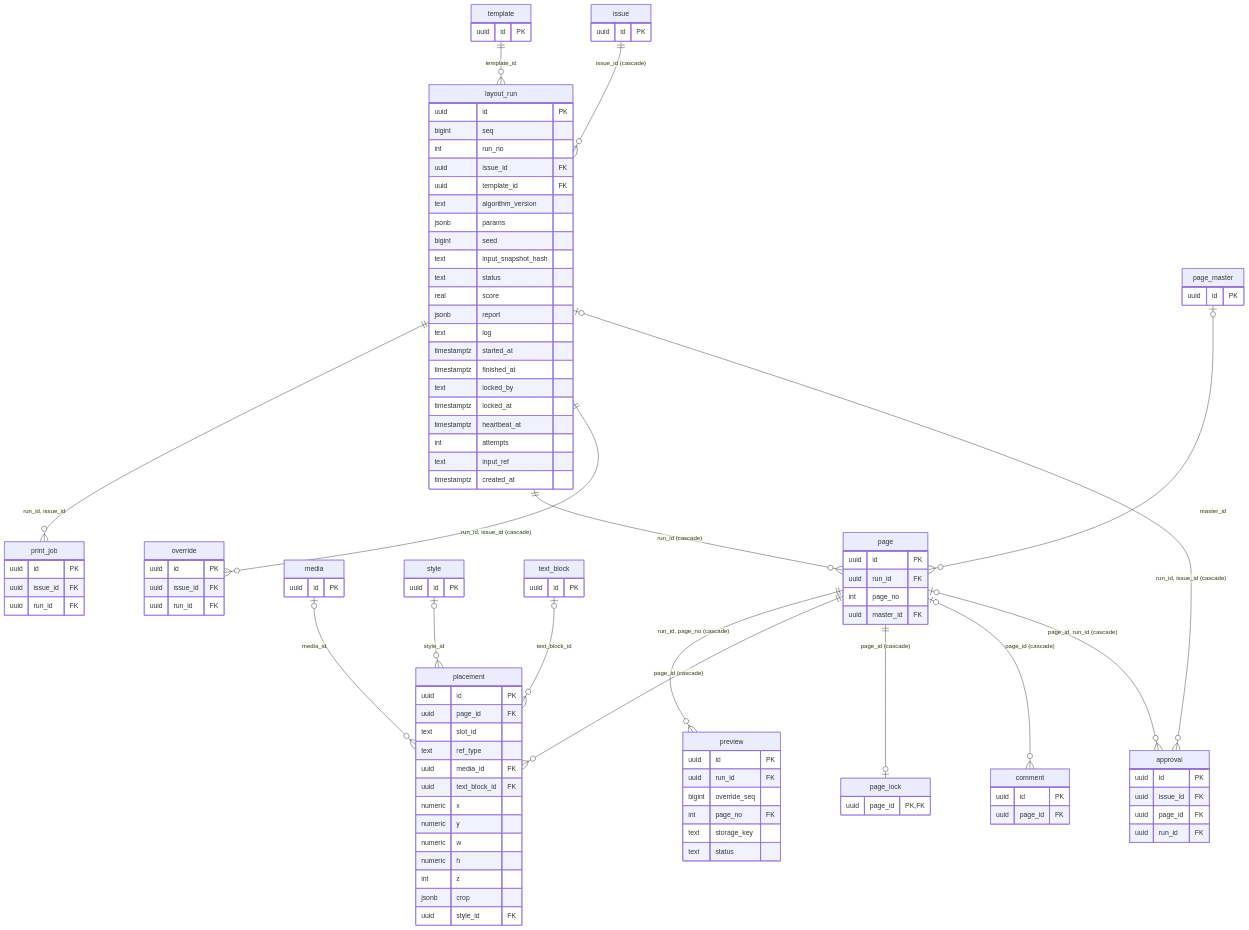
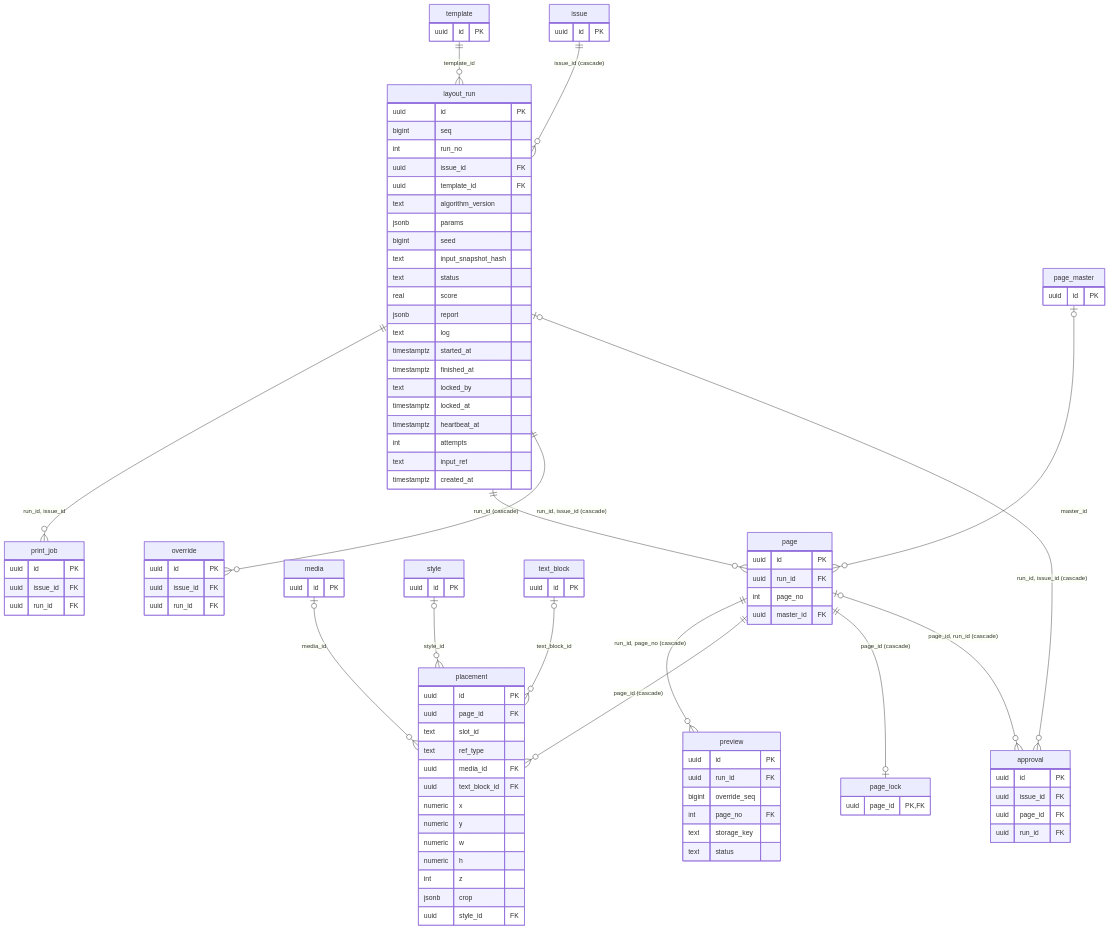
The eighth of 10 diagrams in docs/erd.md (js1211-code/bogomagazine), drawn with Mermaid before and after one commit. The commit also changed other lines of this file and 35 other files, not shown here.

```diff
--- a/docs/erd.md
+++ b/docs/erd.md
@@ -528,7 +510,6 @@
 erDiagram
     "page" |o--o{ "approval" : "page_id, run_id (cascade)"
     "layout_run" |o--o{ "approval" : "run_id, issue_id (cascade)"
-    "page" |o--o{ "comment" : "page_id (cascade)"
     "issue" ||--o{ "layout_run" : "issue_id (cascade)"
     "template" ||--o{ "layout_run" : "template_id"
     "layout_run" ||--o{ "override" : "run_id, issue_id (cascade)"
@@ -599,10 +580,6 @@
         uuid page_id FK
         uuid run_id FK
     }
-    "comment" {
-        uuid id PK
-        uuid page_id FK
-    }
     "issue" {
         uuid id PK
     }
```
